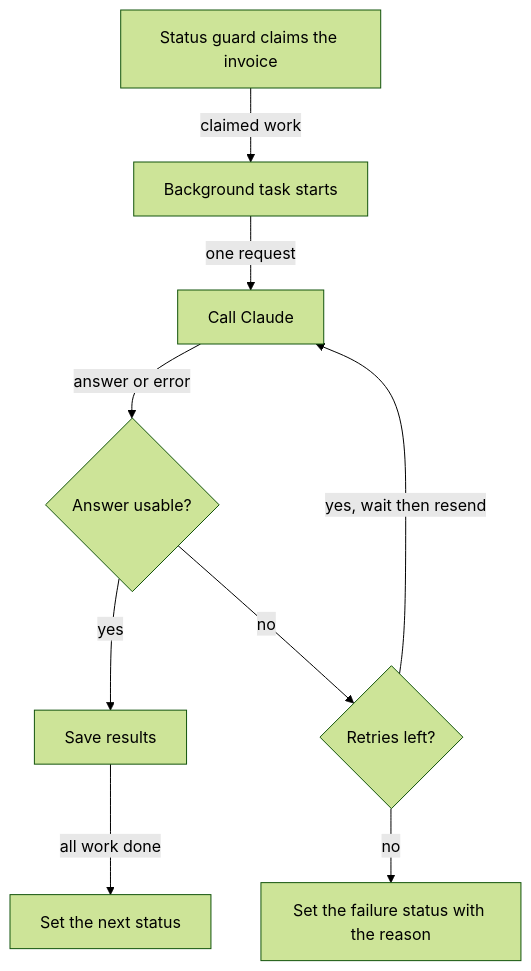
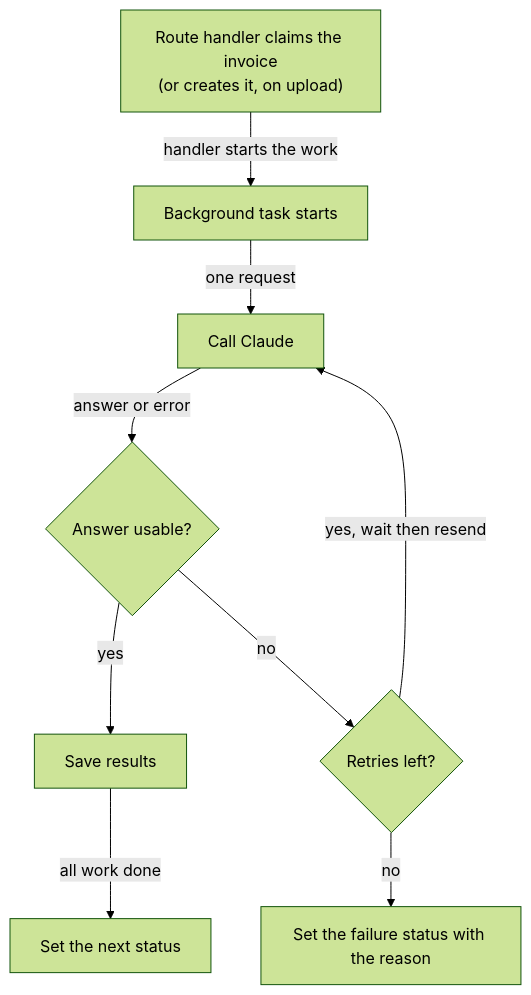
Diagram 11 of 14 in docs/ARCHITECTURE.md (lucycchi/ai-invoice-ingestion-platform), drawn with Mermaid (forest theme) before and after one commit. The commit also changed other lines of this file and 29 other files, not shown here.

````diff
--- a/docs/ARCHITECTURE.md
+++ b/docs/ARCHITECTURE.md
@@ -662,20 +699,20 @@
 ```mermaid
 flowchart TD
-    claim["Status guard claims the invoice"]
+    claim["Route handler claims the invoice<br/>(or creates it, on upload)"]
     task["Background task starts"]
     askclaude["Call Claude"]
     ok{"Answer usable?"}
     retry{"Retries left?"}
     save["Save results"]
     fail["Set the failure status with the reason"]
     advance["Set the next status"]
 
-    claim -->|"claimed work"| task
+    claim -->|"handler starts the work"| task
     task -->|"one request"| askclaude
     askclaude -->|"answer or error"| ok
     ok -->|"yes"| save
     ok -->|"no"| retry
     retry -->|"yes, wait then resend"| askclaude
     retry -->|"no"| fail
     save -->|"all work done"| advance
 ```
````
